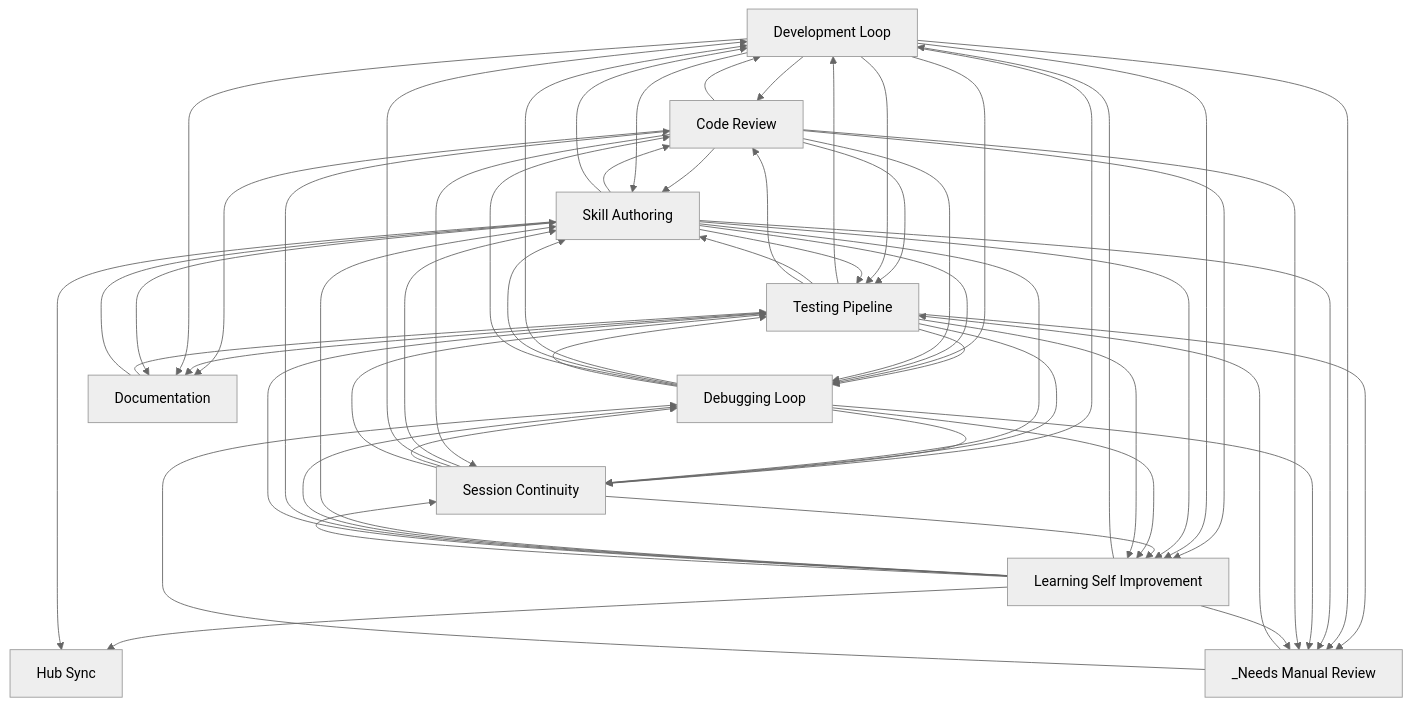
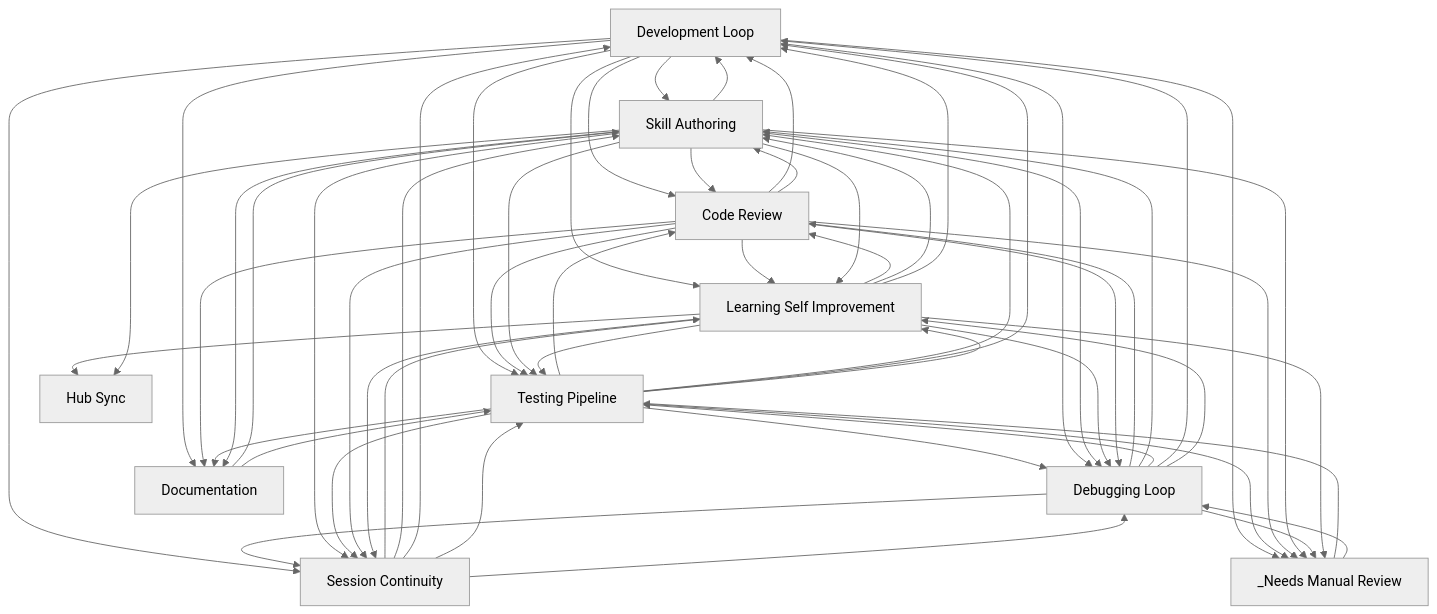
One commit to abhayla/claude-best-practices changed the diagram in docs/workflows/INDEX.md. Above: the diagram before and after it, drawn with Mermaid (neutral theme). The commit also changed other lines of this file and 12 other files, not shown here.

````diff
--- a/docs/workflows/INDEX.md
+++ b/docs/workflows/INDEX.md
@@ -22,70 +22,70 @@
 ```mermaid
 graph TD
     development_loop[Development Loop]
     testing_pipeline[Testing Pipeline]
     debugging_loop[Debugging Loop]
     learning_self_improvement[Learning Self Improvement]
     session_continuity[Session Continuity]
     skill_authoring[Skill Authoring]
     code_review[Code Review]
     documentation[Documentation]
     hub_sync[Hub Sync]
     _needs_manual_review[_Needs Manual Review]
+    documentation --> skill_authoring
     documentation --> testing_pipeline
-    documentation --> skill_authoring
+    development_loop --> skill_authoring
+    development_loop --> code_review
     code_review --> development_loop
     code_review --> skill_authoring
-    development_loop --> code_review
-    development_loop --> skill_authoring
+    development_loop --> learning_self_improvement
+    development_loop --> testing_pipeline
+    code_review --> learning_self_improvement
     code_review --> testing_pipeline
-    code_review --> learning_self_improvement
-    development_loop --> testing_pipeline
-    development_loop --> learning_self_improvement
-    testing_pipeline --> development_loop
+    testing_pipeline --> code_review
     testing_pipeline --> skill_authoring
     testing_pipeline --> debugging_loop
-    testing_pipeline --> code_review
+    testing_pipeline --> development_loop
+    debugging_loop --> code_review
+    debugging_loop --> skill_authoring
+    debugging_loop --> testing_pipeline
     debugging_loop --> development_loop
-    debugging_loop --> skill_authoring
-    debugging_loop --> code_review
-    debugging_loop --> testing_pipeline
     development_loop --> debugging_loop
+    skill_authoring --> development_loop
     skill_authoring --> code_review
-    skill_authoring --> development_loop
+    skill_authoring --> learning_self_improvement
     skill_authoring --> testing_pipeline
-    skill_authoring --> learning_self_improvement
+    development_loop --> _needs_manual_review
     testing_pipeline --> _needs_manual_review
-    development_loop --> _needs_manual_review
+    development_loop --> documentation
     code_review --> documentation
     testing_pipeline --> documentation
-    development_loop --> documentation
     session_continuity --> learning_self_improvement
     development_loop --> session_continuity
     _needs_manual_review --> testing_pipeline
     debugging_loop --> session_continuity
+    skill_authoring --> session_continuity
     testing_pipeline --> session_continuity
-    skill_authoring --> session_continuity
     skill_authoring --> debugging_loop
     _needs_manual_review --> debugging_loop
     debugging_loop --> learning_self_improvement
     testing_pipeline --> learning_self_improvement
+    learning_self_improvement --> code_review
+    learning_self_improvement --> skill_authoring
+    learning_self_improvement --> testing_pipeline
+    learning_self_improvement --> debugging_loop
     learning_self_improvement --> development_loop
-    learning_self_improvement --> skill_authoring
-    learning_self_improvement --> debugging_loop
-    learning_self_improvement --> code_review
-    learning_self_improvement --> testing_pipeline
     code_review --> debugging_loop
+    code_review --> _needs_manual_review
     skill_authoring --> _needs_manual_review
     debugging_loop --> _needs_manual_review
-    code_review --> _needs_manual_review
     code_review --> session_continuity
     learning_self_improvement --> session_continuity
     session_continuity --> skill_authoring
     session_continuity --> development_loop
+    session_continuity --> testing_pipeline
     session_continuity --> debugging_loop
-    session_continuity --> testing_pipeline
     learning_self_improvement --> hub_sync
     skill_authoring --> hub_sync
     learning_self_improvement --> _needs_manual_review
     skill_authoring --> documentation
 ```
````
